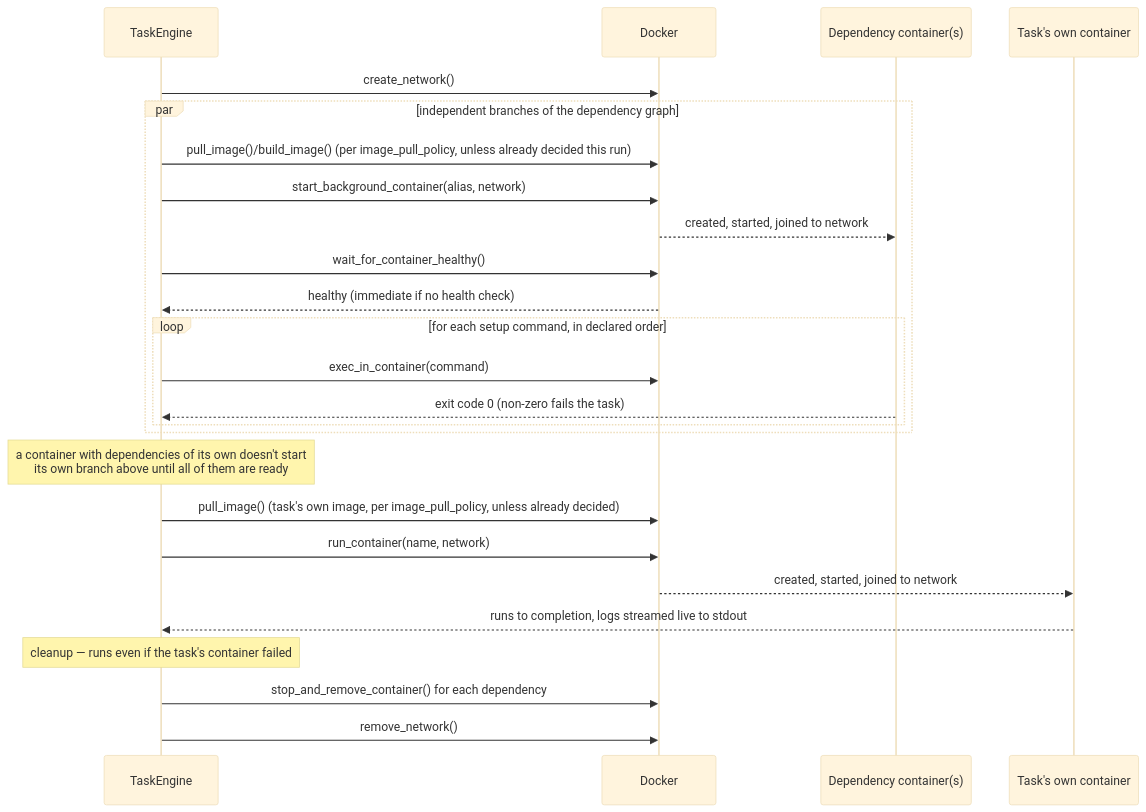
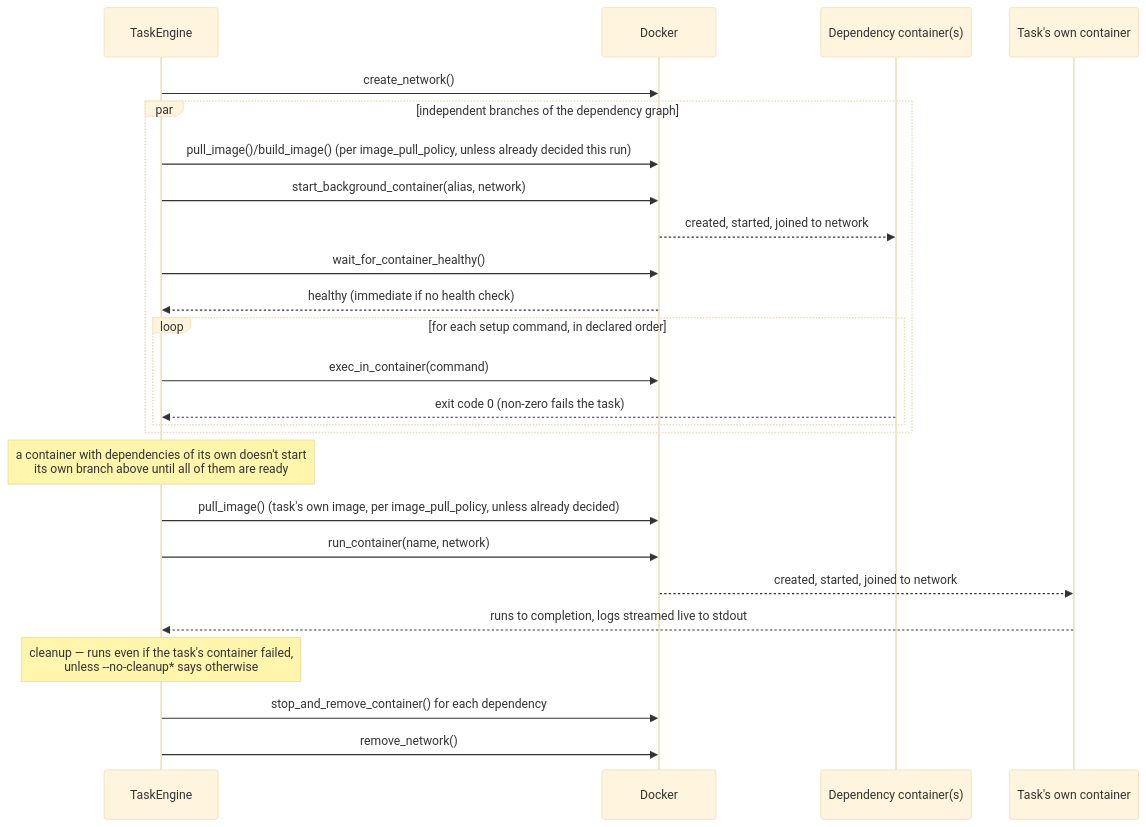
Before and after one commit to or1can/ratect: the first of 4 diagrams in docs/task-lifecycle.md, drawn with Mermaid (base theme). The commit also changed other lines of this file and 1 other file, not shown here.

````diff
--- a/docs/task-lifecycle.md
+++ b/docs/task-lifecycle.md
@@ -63,32 +66,32 @@
 ```mermaid
 sequenceDiagram
     participant Engine as TaskEngine
     participant Docker
     participant Dep as Dependency container(s)
     participant Main as Task's own container
 
     Engine->>Docker: create_network()
 
     par independent branches of the dependency graph
         Engine->>Docker: pull_image()/build_image() (per image_pull_policy, unless already decided this run)
         Engine->>Docker: start_background_container(alias, network)
         Docker-->>Dep: created, started, joined to network
         Engine->>Docker: wait_for_container_healthy()
         Docker-->>Engine: healthy (immediate if no health check)
         loop for each setup command, in declared order
             Engine->>Docker: exec_in_container(command)
             Dep-->>Engine: exit code 0 (non-zero fails the task)
         end
     end
 
     Note over Engine: a container with dependencies of its own doesn't start<br/>its own branch above until all of them are ready
 
     Engine->>Docker: pull_image() (task's own image, per image_pull_policy, unless already decided)
     Engine->>Docker: run_container(name, network)
     Docker-->>Main: created, started, joined to network
     Main-->>Engine: runs to completion, logs streamed live to stdout
 
-    Note over Engine: cleanup — runs even if the task's container failed
+    Note over Engine: cleanup — runs even if the task's container failed,<br/>unless --no-cleanup* says otherwise
     Engine->>Docker: stop_and_remove_container() for each dependency
     Engine->>Docker: remove_network()
 ```
````
